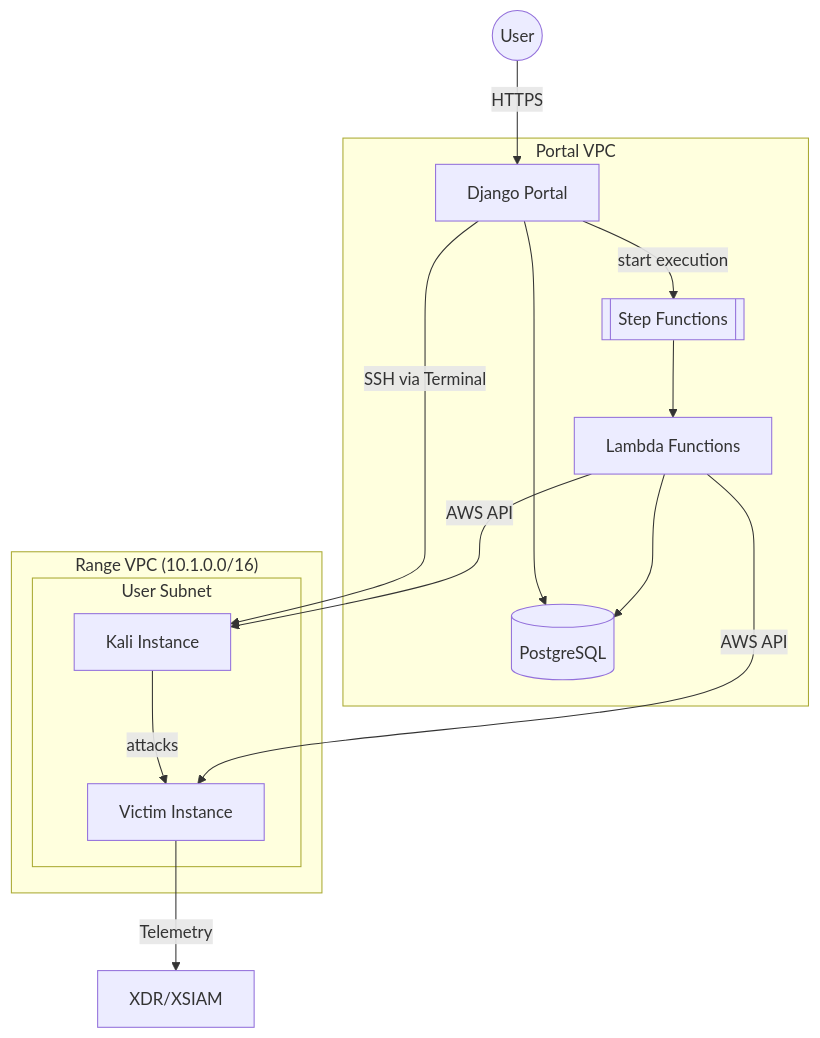
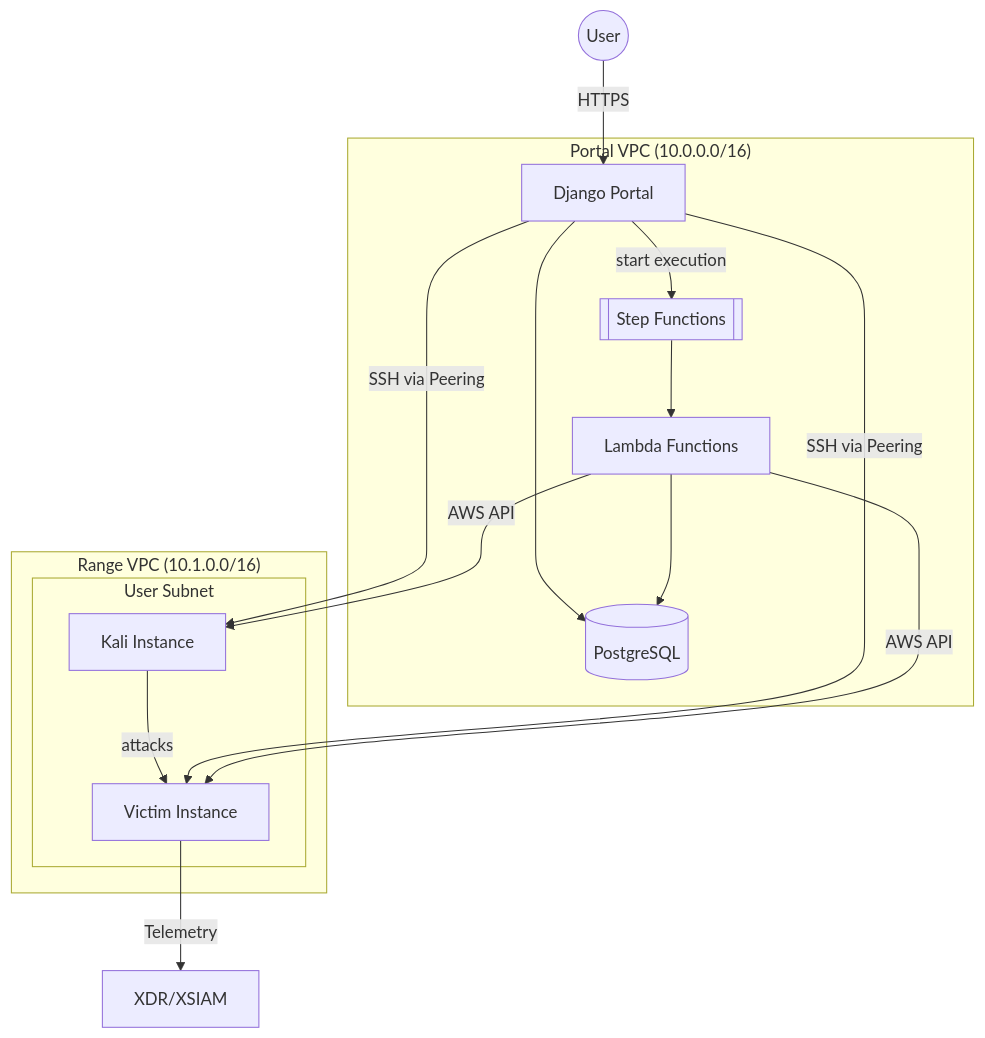
Before and after one commit to PaloAltoNetworks/shifter: the first of 5 diagrams in docs/src/architecture.md, drawn with Mermaid. The commit also changed other lines of this file and 25 other files, not shown here.

````diff
--- a/docs/src/architecture.md
+++ b/docs/src/architecture.md
@@ -12,27 +12,28 @@
 ```mermaid
 graph TB
-    subgraph "Portal VPC"
+    subgraph "Portal VPC (10.0.0.0/16)"
         Portal[Django Portal]
         RDS[(PostgreSQL)]
         StepFn[[Step Functions]]
         Lambda[Lambda Functions]
         Portal --> RDS
         Portal -->|start execution| StepFn
         StepFn --> Lambda
         Lambda --> RDS
     end
 
     subgraph "Range VPC (10.1.0.0/16)"
         subgraph "User Subnet"
             Kali[Kali Instance]
             Victim[Victim Instance]
             Kali -->|attacks| Victim
         end
     end
 
     User((User)) -->|HTTPS| Portal
-    Portal -->|SSH via Terminal| Kali
+    Portal -->|SSH via Peering| Kali
+    Portal -->|SSH via Peering| Victim
     Lambda -->|AWS API| Kali
     Lambda -->|AWS API| Victim
     Victim -->|Telemetry| XDR[XDR/XSIAM]
 ```
````
